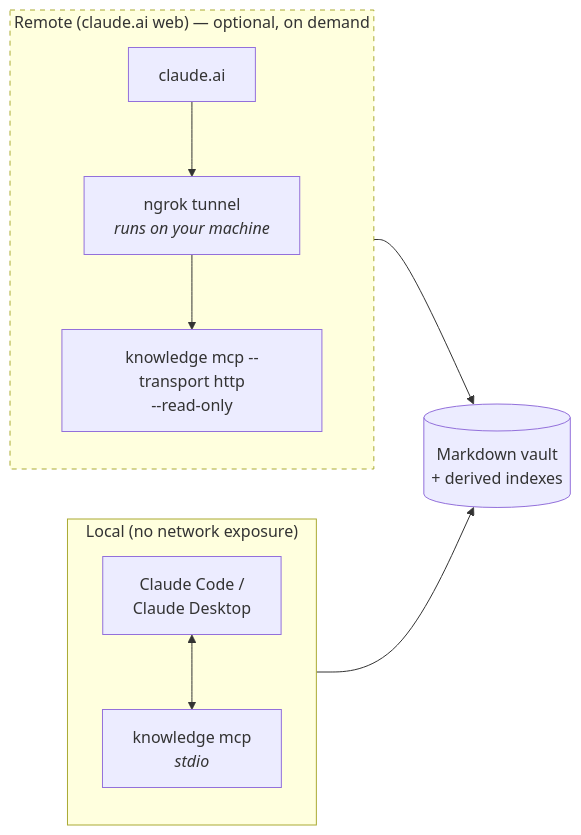
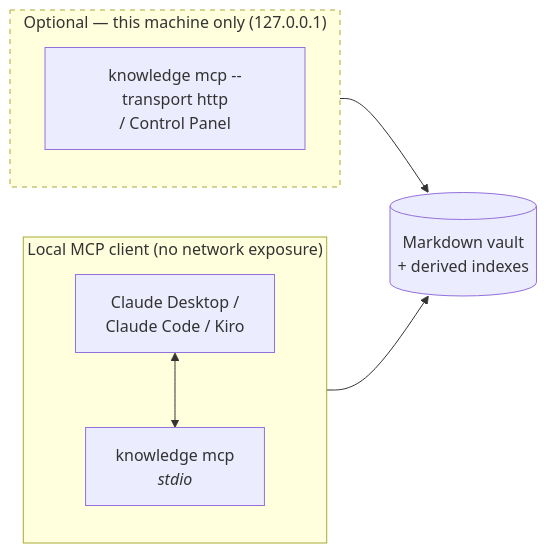
Before and after one commit to itsamitkr/obsidian: the fourth of 4 diagrams in README.md, drawn with Mermaid. The commit also changed other lines of this file and 41 other files, not shown here.

````diff
--- a/README.md
+++ b/README.md
@@ -226,24 +232,21 @@
 ```mermaid
 flowchart LR
     MD[("Markdown vault<br/>+ derived indexes")]
 
-    subgraph LOCAL["Local (no network exposure)"]
+    subgraph LOCAL["Local MCP client (no network exposure)"]
         direction TB
-        CC["Claude Code /<br/>Claude Desktop"]
+        CC["Claude Desktop /<br/>Claude Code / Kiro"]
         STDIO["knowledge mcp<br/><i>stdio</i>"]
         CC <--> STDIO
     end
 
-    subgraph REMOTE["Remote (claude.ai web) — optional, on demand"]
+    subgraph LOOPBACK["Optional — this machine only (127.0.0.1)"]
         direction TB
-        WEB["claude.ai"]
-        CF["ngrok tunnel<br/><i>runs on your machine</i>"]
-        HTTP["knowledge mcp --transport http<br/>--read-only"]
-        WEB --> CF --> HTTP
+        HTTP["knowledge mcp --transport http<br/>/ Control Panel"]
     end
 
     STDIO --> MD
     HTTP --> MD
 
-    style REMOTE stroke-dasharray: 5 5
+    style LOOPBACK stroke-dasharray: 5 5
 ```
````
